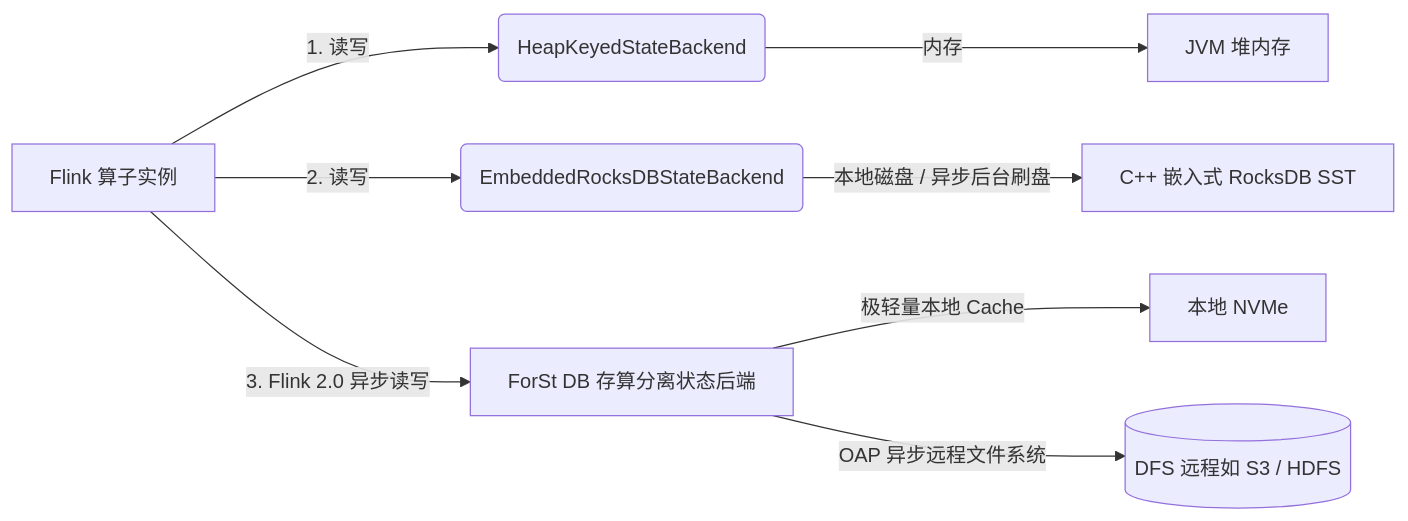
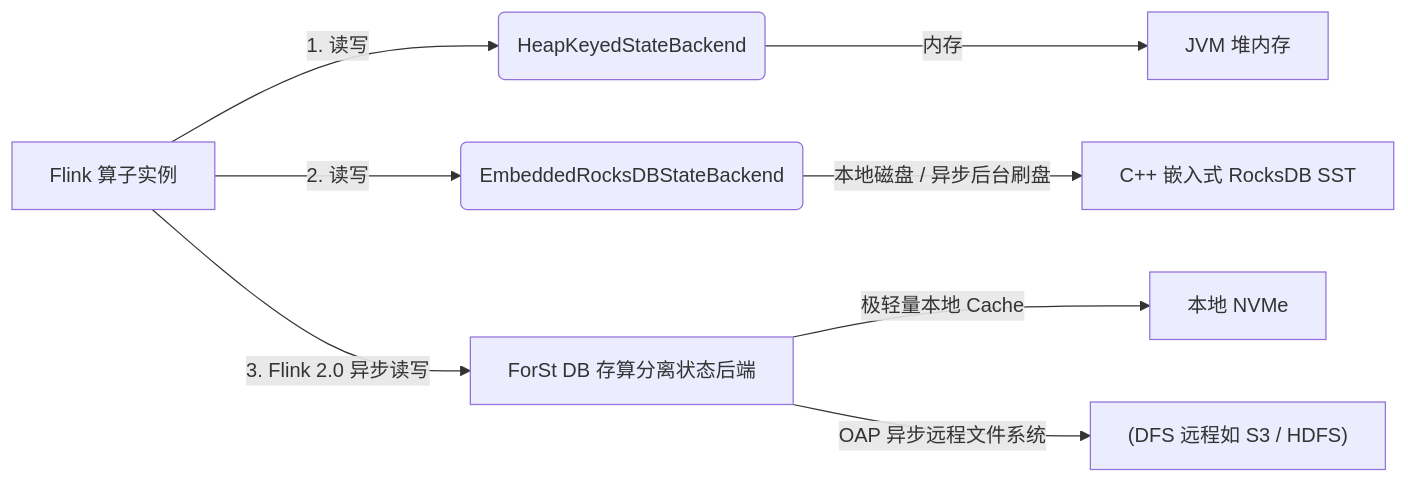
The first of 3 diagrams in docs/distributed/flink/core/2-state-checkpoint.md (Aiden-Coding/AiDocs), drawn with Mermaid before and after one commit. The commit also changed other lines of this file and 97 other files, not shown here.

````diff
--- a/docs/distributed/flink/core/2-state-checkpoint.md
+++ b/docs/distributed/flink/core/2-state-checkpoint.md
@@ -17,11 +17,11 @@
 ```mermaid
 graph LR
     A[Flink 算子实例] -->|1. 读写| B(HeapKeyedStateBackend)
     A -->|2. 读写| C(EmbeddedRocksDBStateBackend)
     A -->|3. Flink 2.0 异步读写| D[ForSt DB 存算分离状态后端]
     
     B -->|内存| RAM[JVM 堆内存]
-    C -->|本地磁盘 / 异步后台刷盘| RocksDB[C++ 嵌入式 RocksDB SST]
+    C -->|"本地磁盘 / 异步后台刷盘"| RocksDB[C++ 嵌入式 RocksDB SST]
     D -->|极轻量本地 Cache| Local[本地 NVMe]
-    D -->|OAP 异步远程文件系统| DFS[(DFS 远程如 S3 / HDFS)]
+    D -->|OAP 异步远程文件系统| DFS["(DFS 远程如 S3 / HDFS)"]
 ```
````
